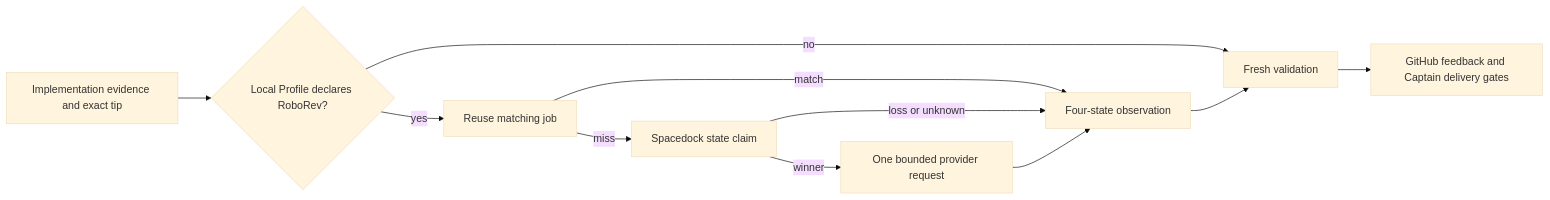
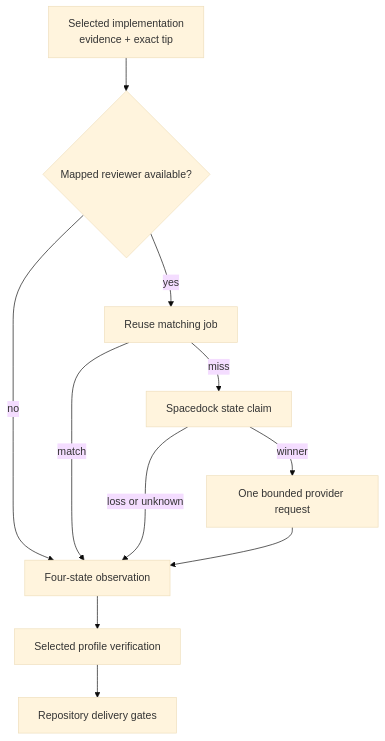
Before and after one commit to iamcxa/kc-claude-plugins: the second of 3 diagrams in ARCHITECTURE.md, drawn with Mermaid (base theme). The commit also changed other lines of this file and 73 other files, not shown here.

First line of the commit message:
feat(kc-dev-flow)!: add profile-native delivery routes (#249)

````diff
--- a/ARCHITECTURE.md
+++ b/ARCHITECTURE.md
@@ -56,13 +89,13 @@
 ```mermaid
-flowchart LR
-    I[Implementation evidence and exact tip] --> D{Local Profile declares RoboRev?}
-    D -->|no| V[Fresh validation]
+flowchart TB
+    I["Selected implementation<br/>evidence + exact tip"] --> D{Mapped reviewer available?}
+    D -->|no| E[Four-state observation]
     D -->|yes| R[Reuse matching job]
     R -->|match| E[Four-state observation]
     R -->|miss| C[Spacedock state claim]
     C -->|winner| Q[One bounded provider request]
     C -->|loss or unknown| E
     Q --> E
-    E --> V
-    V --> G[GitHub feedback and Captain delivery gates]
+    E --> V[Selected profile verification]
+    V --> G[Repository delivery gates]
 ```
````
